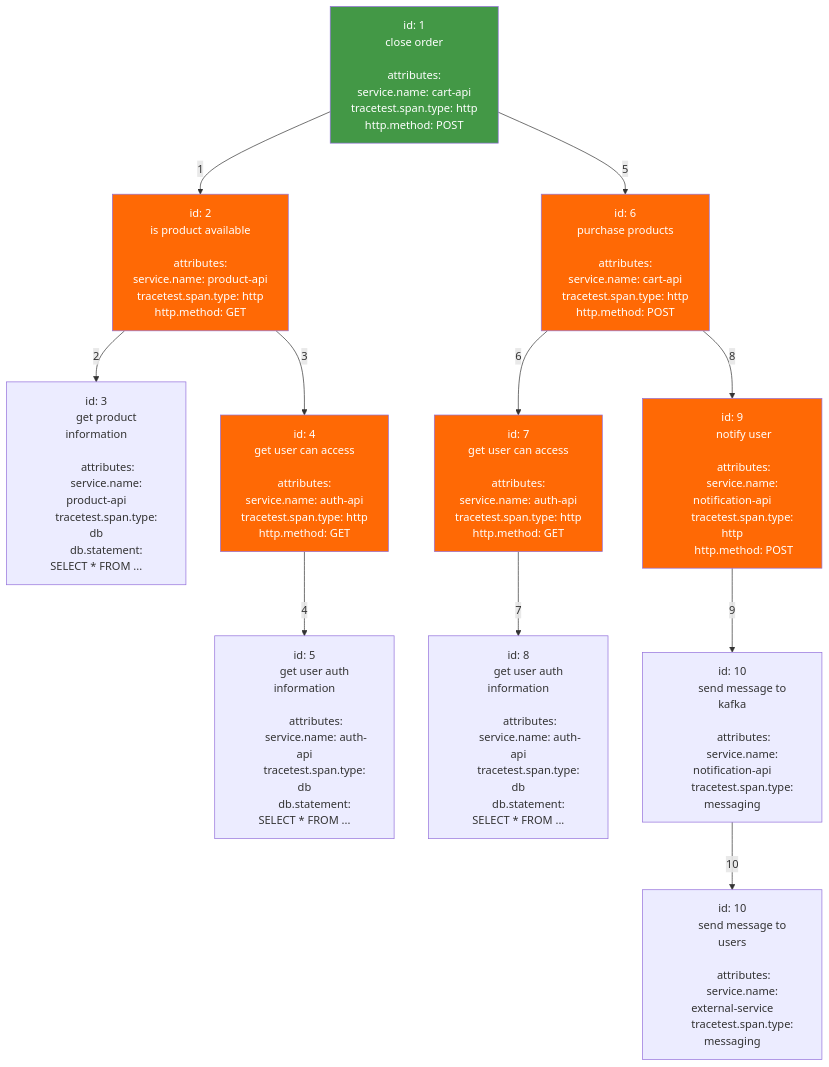
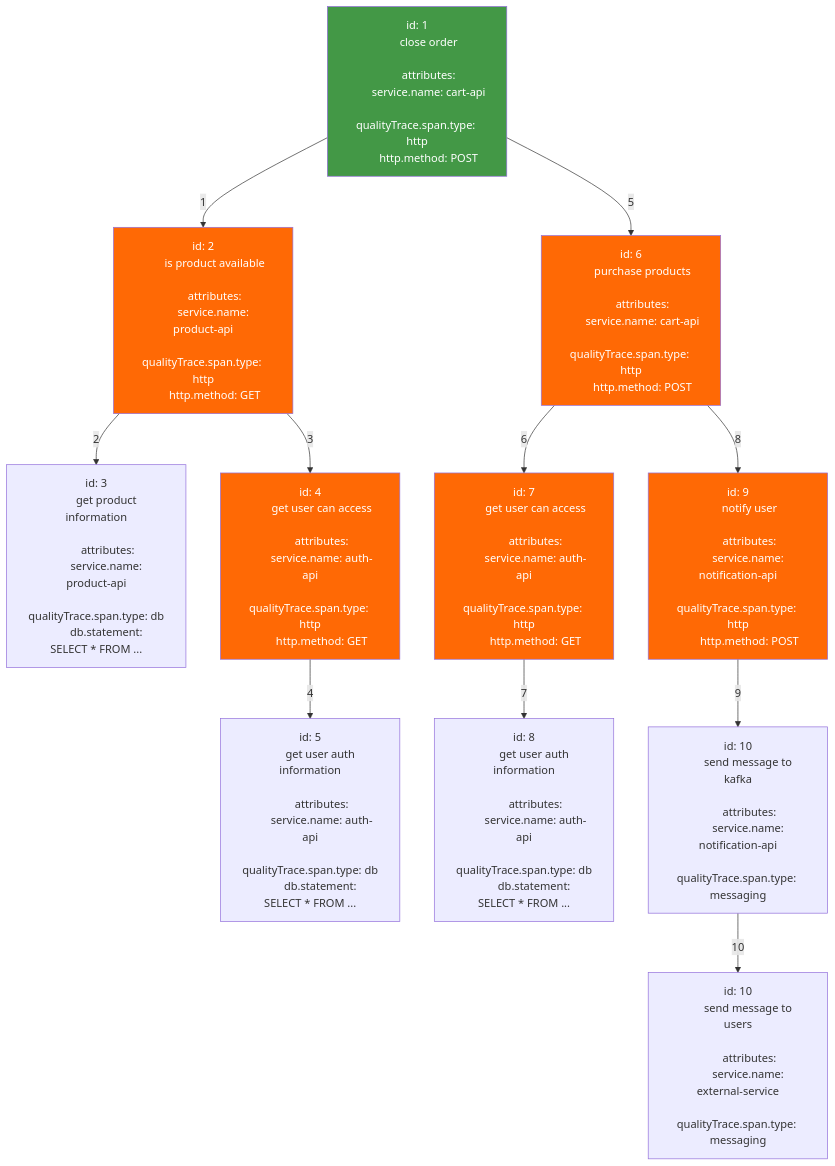
One commit to intelops/qualitytrace changed the eighth of 12 diagrams in docs/docs/concepts/selectors.mdx. Above: the diagram before and after it, drawn with Mermaid. The commit also changed other lines of this file and 485 other files, not shown here.

Commit message:
changing tracetest to qualityTrace

```diff
--- a/docs/docs/concepts/selectors.mdx
+++ b/docs/docs/concepts/selectors.mdx
@@ -796,7 +796,7 @@
 
         attributes:
         service.name: cart-api
-        tracetest.span.type: http
+        qualityTrace.span.type: http
         http.method: POST
     "]
     B[" id: 2
@@ -804,7 +804,7 @@
 
         attributes:
         service.name: product-api
-        tracetest.span.type: http
+        qualityTrace.span.type: http
         http.method: GET
     "]
     C[" id: 3
@@ -812,7 +812,7 @@
 
         attributes:
         service.name: product-api
-        tracetest.span.type: db
+        qualityTrace.span.type: db
         db.statement: SELECT * FROM ...
     "]
     D[" id: 4
@@ -820,7 +820,7 @@
 
         attributes:
         service.name: auth-api
-        tracetest.span.type: http
+        qualityTrace.span.type: http
         http.method: GET
     "]
     E[" id: 5
@@ -828,7 +828,7 @@
 
         attributes:
         service.name: auth-api
-        tracetest.span.type: db
+        qualityTrace.span.type: db
         db.statement: SELECT * FROM ...
     "]
     F[" id: 6
@@ -836,7 +836,7 @@
 
         attributes:
         service.name: cart-api
-        tracetest.span.type: http
+        qualityTrace.span.type: http
         http.method: POST
     "]
     G[" id: 7
@@ -844,7 +844,7 @@
 
         attributes:
         service.name: auth-api
-        tracetest.span.type: http
+        qualityTrace.span.type: http
         http.method: GET
     "]
     H[" id: 8
@@ -852,7 +852,7 @@
 
         attributes:
         service.name: auth-api
-        tracetest.span.type: db
+        qualityTrace.span.type: db
         db.statement: SELECT * FROM ...
     "]
     I[" id: 9
@@ -860,7 +860,7 @@
 
         attributes:
         service.name: notification-api
-        tracetest.span.type: http
+        qualityTrace.span.type: http
         http.method: POST
     "]
     J[" id: 10
@@ -868,14 +868,14 @@
 
         attributes:
         service.name: notification-api
-        tracetest.span.type: messaging
+        qualityTrace.span.type: messaging
     "]
     K[" id: 10
         send message to users
 
         attributes:
         service.name: external-service
-        tracetest.span.type: messaging
+        qualityTrace.span.type: messaging
     "]
 
 
```
